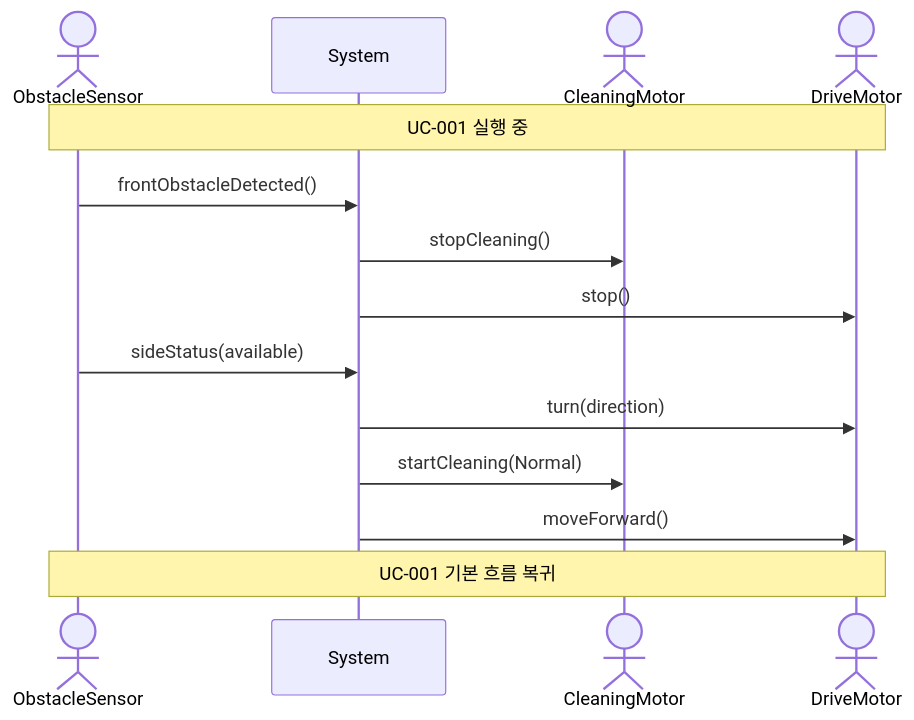
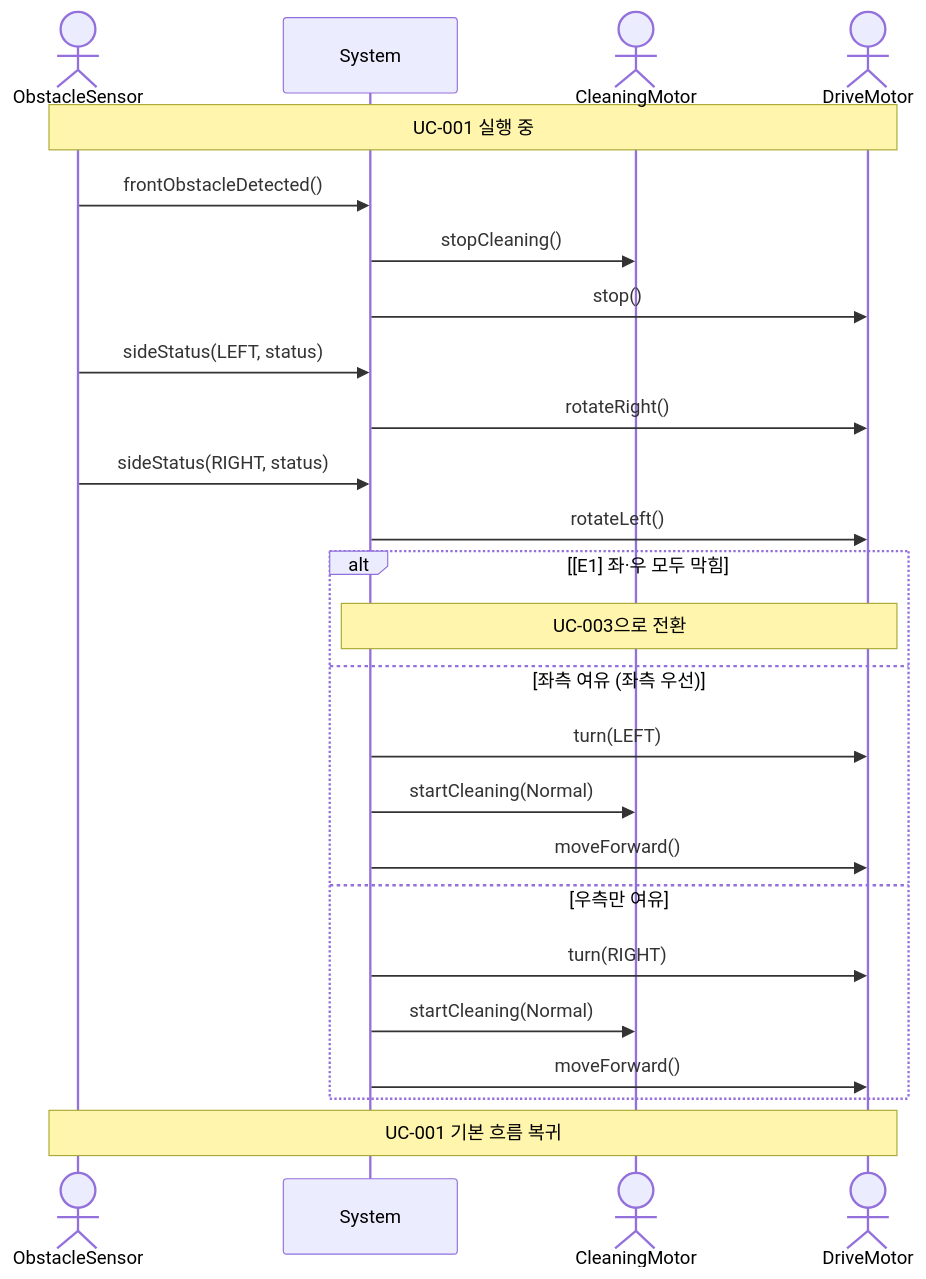
The diagram in arch/analysis/ssd/SSD-002.md (Jae-ah/RVC-CONTROLLER), drawn with Mermaid before and after one commit. The commit also changed other lines of this file and 32 other files, not shown here.

````diff
--- a/arch/analysis/ssd/SSD-002.md
+++ b/arch/analysis/ssd/SSD-002.md
@@ -8,21 +8,32 @@
 ```mermaid
 sequenceDiagram
     actor OS as ObstacleSensor
     participant SYS as System
     actor CM as CleaningMotor
     actor DM as DriveMotor
 
     Note over OS,DM: UC-001 실행 중
 
     OS->>SYS: frontObstacleDetected()
     SYS->>CM: stopCleaning()
     SYS->>DM: stop()
 
-    OS->>SYS: sideStatus(available)
-    SYS->>DM: turn(direction)
+    OS->>SYS: sideStatus(LEFT, status)
+    SYS->>DM: rotateRight()
+    OS->>SYS: sideStatus(RIGHT, status)
+    SYS->>DM: rotateLeft()
 
-    SYS->>CM: startCleaning(Normal)
-    SYS->>DM: moveForward()
+    alt [E1] 좌·우 모두 막힘
+        Note over SYS,DM: UC-003으로 전환
+    else 좌측 여유 (좌측 우선)
+        SYS->>DM: turn(LEFT)
+        SYS->>CM: startCleaning(Normal)
+        SYS->>DM: moveForward()
+    else 우측만 여유
+        SYS->>DM: turn(RIGHT)
+        SYS->>CM: startCleaning(Normal)
+        SYS->>DM: moveForward()
+    end
 
     Note over OS,DM: UC-001 기본 흐름 복귀
 ```
````
